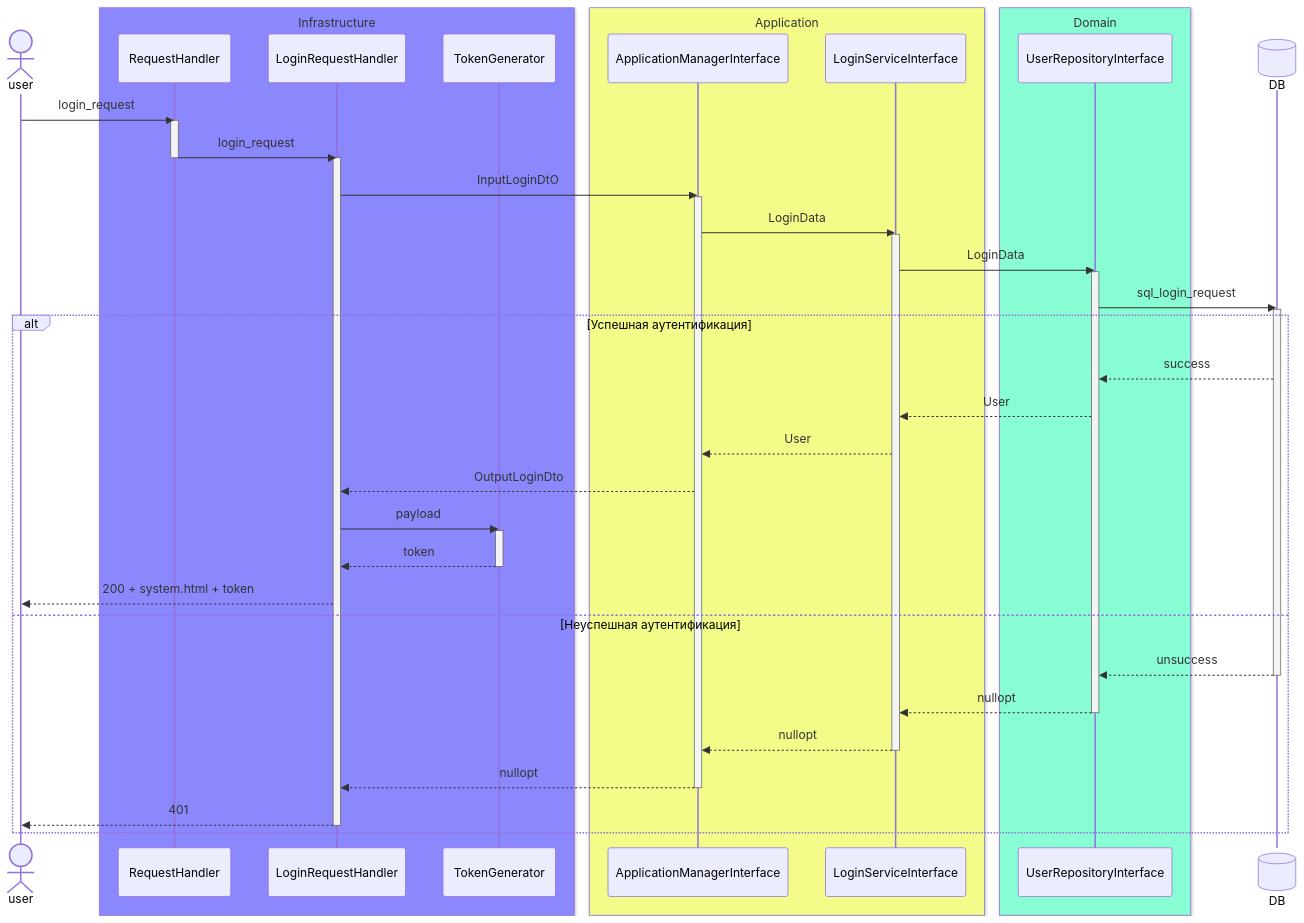
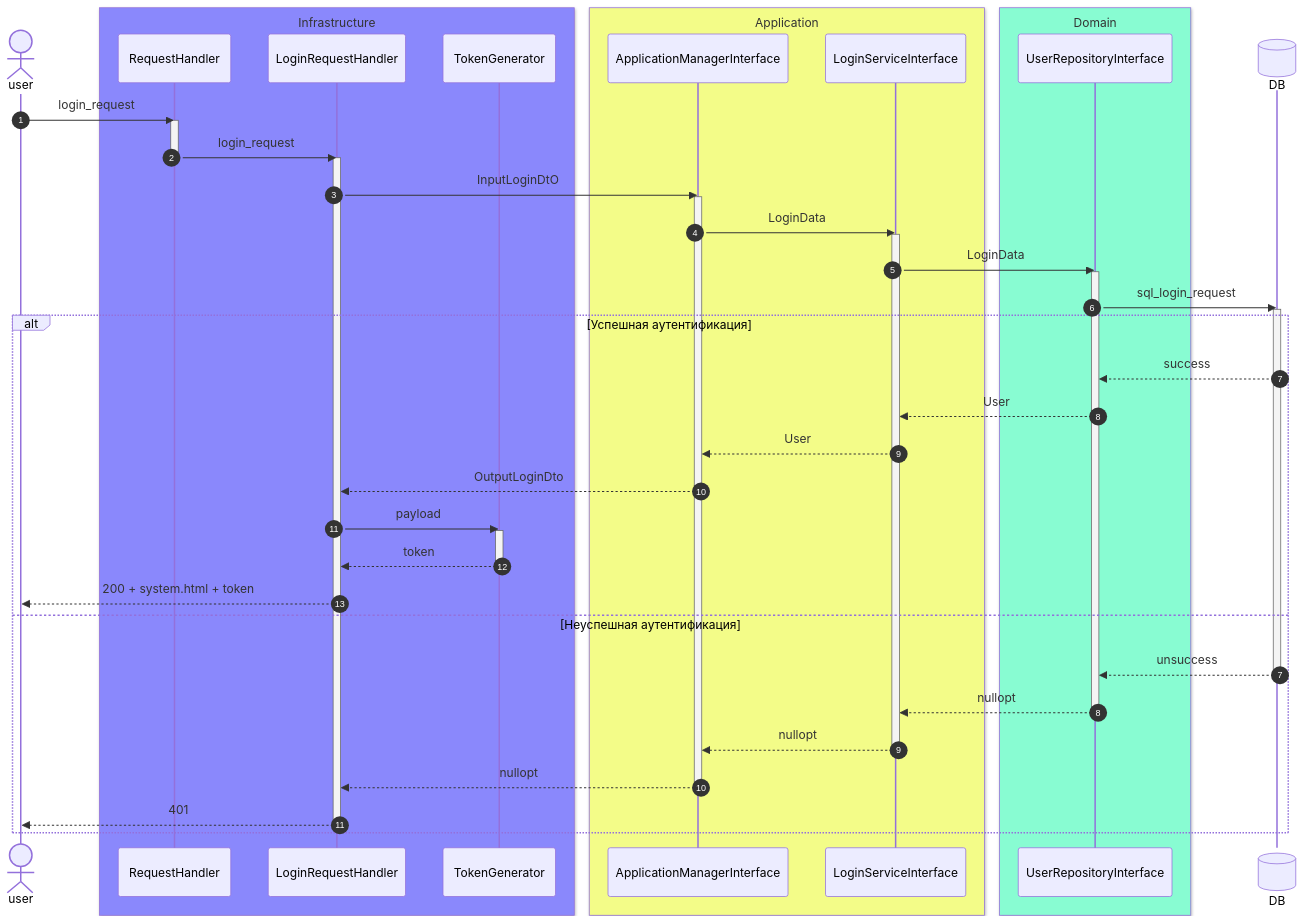
Diagram 12 of 12 in README.md (DRUsmanov/the_system_project), drawn with Mermaid before and after one commit.

````diff
--- a/README.md
+++ b/README.md
@@ -412,60 +412,63 @@
 ```mermaid
 sequenceDiagram
 
 actor user
 
 box rgb(138, 136, 252) Infrastructure
 participant RequestHandler
 participant LoginRequestHandler
 participant TokenGenerator
 end
 
 box rgb(243, 252, 136) Application
 participant ApplicationManagerInterface
 participant LoginServiceInterface
 end
 
 box rgb(136, 252, 210) Domain
 participant UserRepositoryInterface
 end
 
 actor DB@{"type" : "database"}
 
+autonumber
 user ->> RequestHandler: login_request
 activate RequestHandler
 RequestHandler ->> LoginRequestHandler: login_request
 deactivate RequestHandler
 activate LoginRequestHandler
 LoginRequestHandler ->> ApplicationManagerInterface: InputLoginDtO
 activate ApplicationManagerInterface
 ApplicationManagerInterface ->> LoginServiceInterface: LoginData
 activate LoginServiceInterface
 LoginServiceInterface ->> UserRepositoryInterface: LoginData
 activate UserRepositoryInterface
 UserRepositoryInterface ->> DB: sql_login_request
 
 activate DB
 
 alt Успешная аутентификация
 DB -->> UserRepositoryInterface: success
 UserRepositoryInterface -->> LoginServiceInterface: User
 LoginServiceInterface -->> ApplicationManagerInterface: User
 ApplicationManagerInterface -->> LoginRequestHandler: OutputLoginDto
 LoginRequestHandler ->> TokenGenerator: payload
 activate TokenGenerator
 TokenGenerator -->> LoginRequestHandler: token
 deactivate TokenGenerator
 LoginRequestHandler -->> user: 200 + system.html + token
+
 else Неуспешная аутентификация
+autonumber 7
 DB -->> UserRepositoryInterface: unsuccess
 deactivate DB
 UserRepositoryInterface -->> LoginServiceInterface: nullopt
 deactivate UserRepositoryInterface
 LoginServiceInterface -->> ApplicationManagerInterface: nullopt
 deactivate LoginServiceInterface
 ApplicationManagerInterface -->> LoginRequestHandler: nullopt
 deactivate ApplicationManagerInterface
 LoginRequestHandler -->> user: 401
 deactivate LoginRequestHandler
 end
 ```
````
